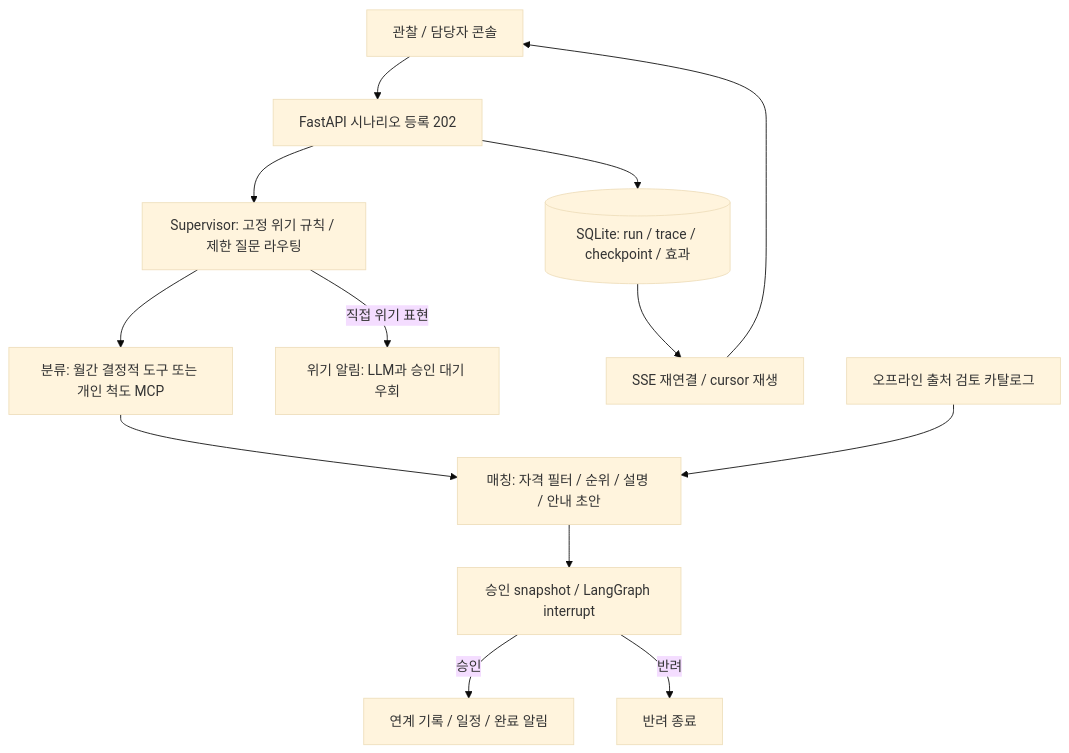
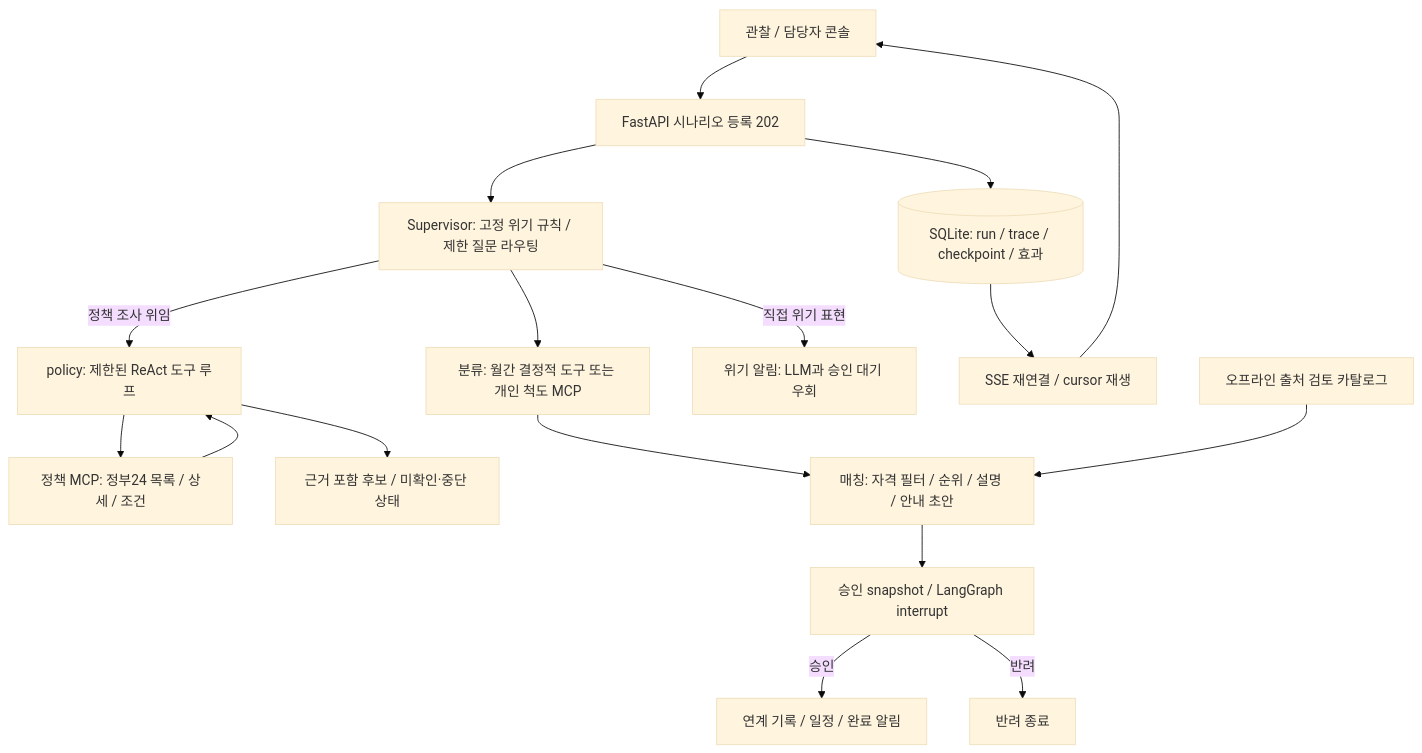
Before and after one commit to space-jakdang/beyond-hello-mas: the diagram in docs/architecture.md, drawn with Mermaid (base theme). The commit also changed other lines of this file and 16 other files, not shown here.

Commit message:
feat: delegate policy research to a bounded ReAct worker via Supervisor

````diff
--- a/docs/architecture.md
+++ b/docs/architecture.md
@@ -5,15 +5,19 @@
 ```mermaid
 flowchart TD
     UI[관찰 / 담당자 콘솔] --> API[FastAPI 시나리오 등록 202]
     API --> S[Supervisor: 고정 위기 규칙 / 제한 질문 라우팅]
+    S -->|정책 조사 위임| P[policy: 제한된 ReAct 도구 루프]
+    P --> MCP[정책 MCP: 정부24 목록 / 상세 / 조건]
+    MCP --> P
+    P --> PR[근거 포함 후보 / 미확인·중단 상태]
     S --> C[분류: 월간 결정적 도구 또는 개인 척도 MCP]
     C --> M[매칭: 자격 필터 / 순위 / 설명 / 안내 초안]
     M --> A[승인 snapshot / LangGraph interrupt]
     A -->|승인| L[연계 기록 / 일정 / 완료 알림]
     A -->|반려| R[반려 종료]
     S -->|직접 위기 표현| W[위기 알림: LLM과 승인 대기 우회]
     API --> DB[(SQLite: run / trace / checkpoint / 효과)]
     DB --> SSE[SSE 재연결 / cursor 재생]
     SSE --> UI
     CAT[오프라인 출처 검토 카탈로그] --> M
 ```
````
